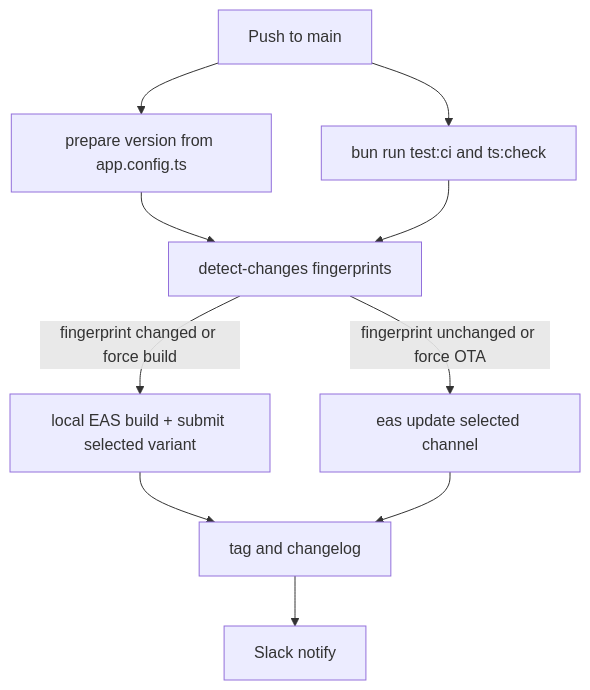
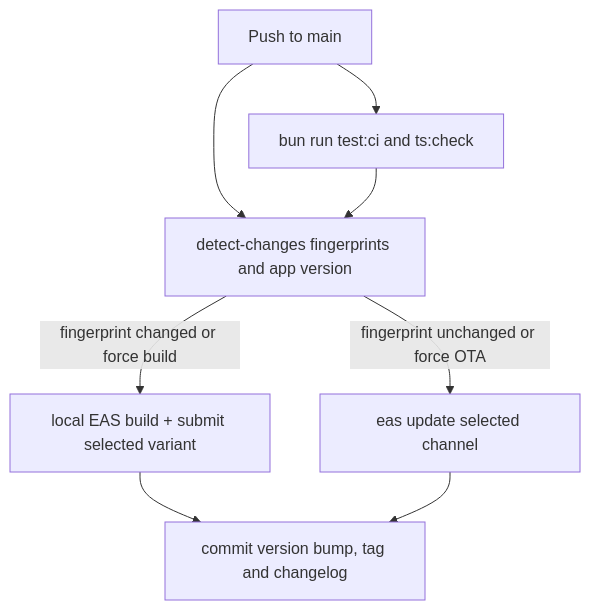
One commit to luke-h1/foam changed the second of 4 diagrams in README.md. Above: the diagram before and after it, drawn with Mermaid. The commit also changed other lines of this file and 12 other files, not shown here.

Commit message:
feat(release): comment OTA compatibility on PRs and bump the version on native builds (#927)

````diff
--- a/README.md
+++ b/README.md
@@ -527,12 +527,10 @@
 ```mermaid
 flowchart TD
-  A[Push to main] --> P[prepare version from app.config.ts]
+  A[Push to main] --> D[detect-changes fingerprints and app version]
   A --> T[bun run test:ci and ts:check]
-  P --> D[detect-changes fingerprints]
   T --> D
   D -->|fingerprint changed or force build| B[local EAS build + submit selected variant]
   D -->|fingerprint unchanged or force OTA| U[eas update selected channel]
-  B --> R[tag and changelog]
+  B --> R[commit version bump, tag and changelog]
   U --> R
-  R --> S[Slack notify]
 ```
````
